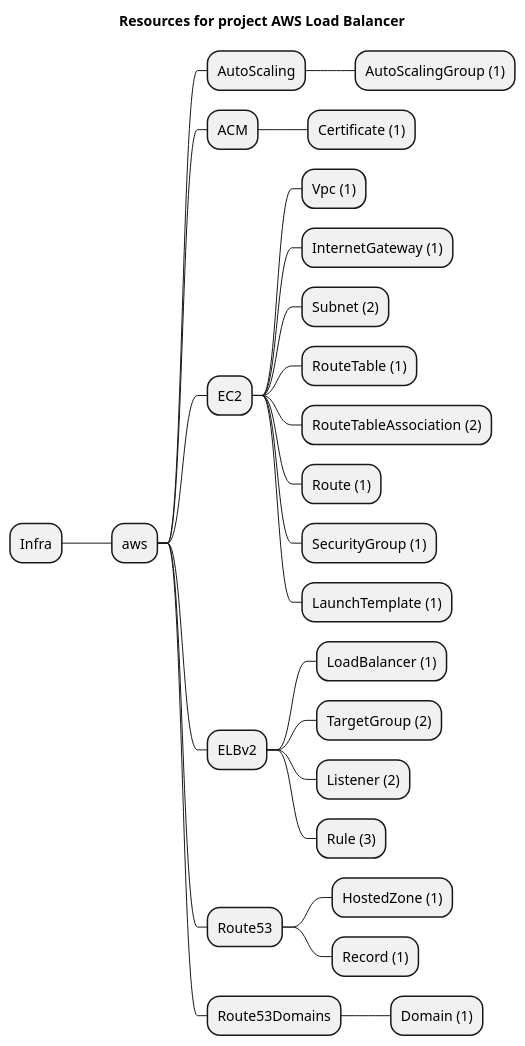
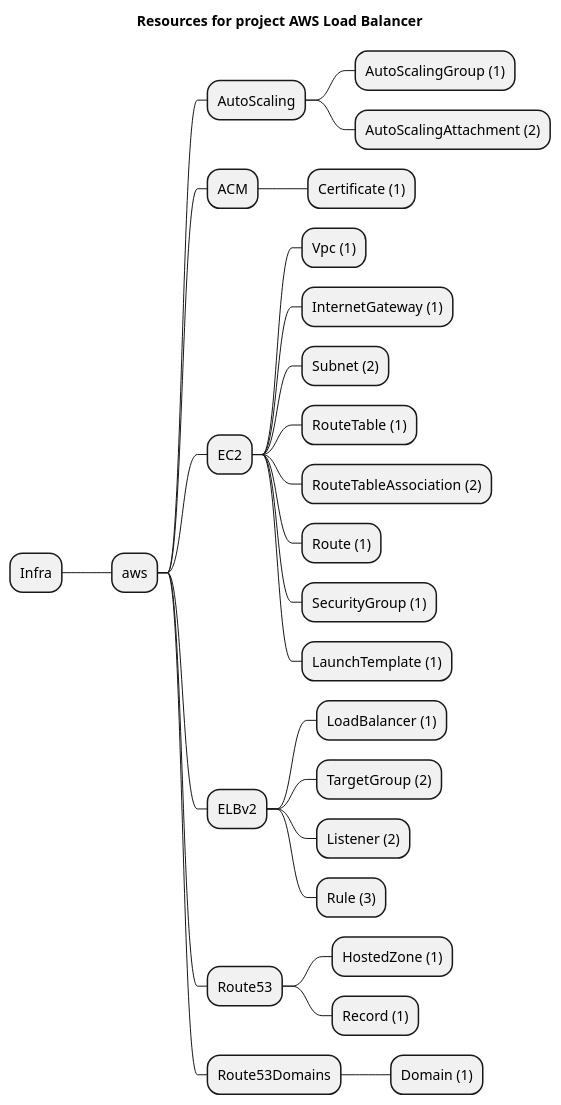
The diagram in examples/aws/ELBv2/load-balancer/artifacts/resources-mindmap.puml (grucloud/grucloud), drawn with PlantUML before and after one commit. The commit also changed 37 other files, not shown here.

```diff
--- a/examples/aws/ELBv2/load-balancer/artifacts/resources-mindmap.puml
+++ b/examples/aws/ELBv2/load-balancer/artifacts/resources-mindmap.puml
@@ -1,29 +1,30 @@
 @startmindmap
 title Resources for project AWS Load Balancer
 skinparam monochrome true
 + Infra
 ++ aws
 +++ AutoScaling
 ++++ AutoScalingGroup (1)
+++++ AutoScalingAttachment (2)
 +++ ACM
 ++++ Certificate (1)
 +++ EC2
 ++++ Vpc (1)
 ++++ InternetGateway (1)
 ++++ Subnet (2)
 ++++ RouteTable (1)
 ++++ RouteTableAssociation (2)
 ++++ Route (1)
 ++++ SecurityGroup (1)
 ++++ LaunchTemplate (1)
 +++ ELBv2
 ++++ LoadBalancer (1)
 ++++ TargetGroup (2)
 ++++ Listener (2)
 ++++ Rule (3)
 +++ Route53
 ++++ HostedZone (1)
 ++++ Record (1)
 +++ Route53Domains
 ++++ Domain (1)
 @endmindmap
```
